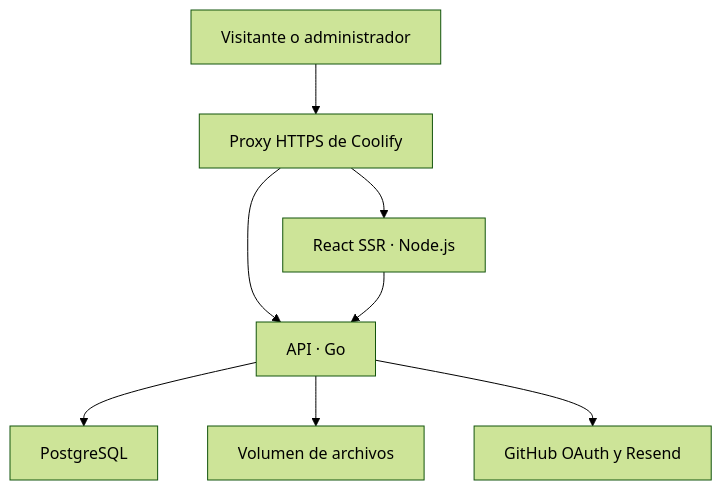
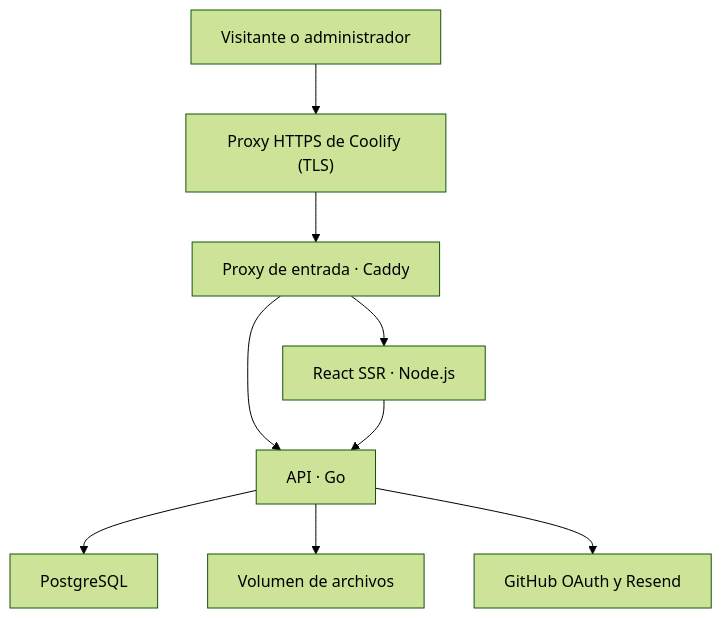
Before and after one commit to Codelab-ai-dev/brambiLab: the diagram in docs/architecture/web-v1.md, drawn with Mermaid (forest theme). The commit also changed other lines of this file and 40 other files, not shown here.

````diff
--- a/docs/architecture/web-v1.md
+++ b/docs/architecture/web-v1.md
@@ -34,10 +34,11 @@
 ```mermaid
 flowchart TD
-  U["Visitante o administrador"] --> P["Proxy HTTPS de Coolify"]
+  U["Visitante o administrador"] --> C["Proxy HTTPS de Coolify (TLS)"]
+  C --> P["Proxy de entrada · Caddy"]
   P --> W["React SSR · Node.js"]
   P --> A["API · Go"]
   W --> A
   A --> D["PostgreSQL"]
   A --> F["Volumen de archivos"]
   A --> E["GitHub OAuth y Resend"]
 ```
````
